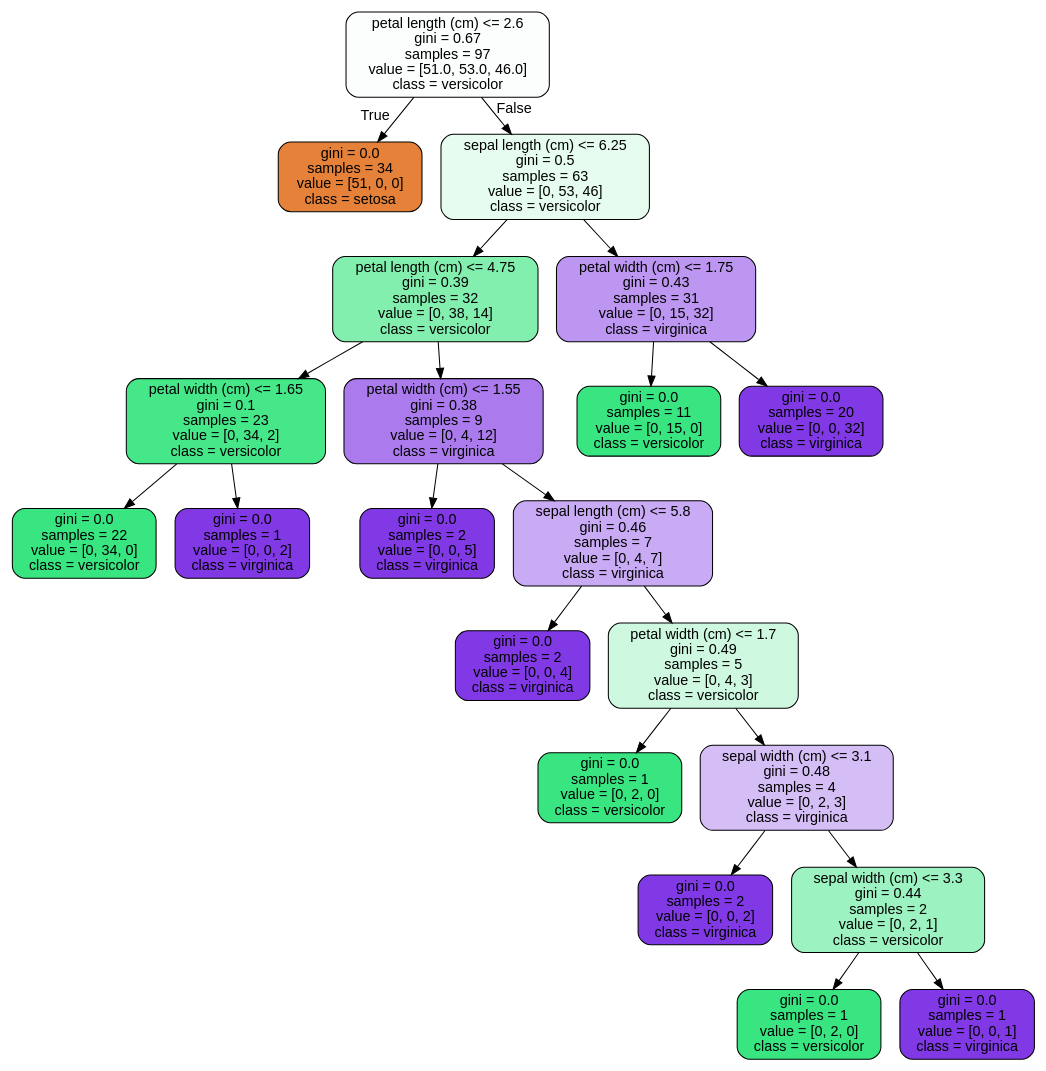
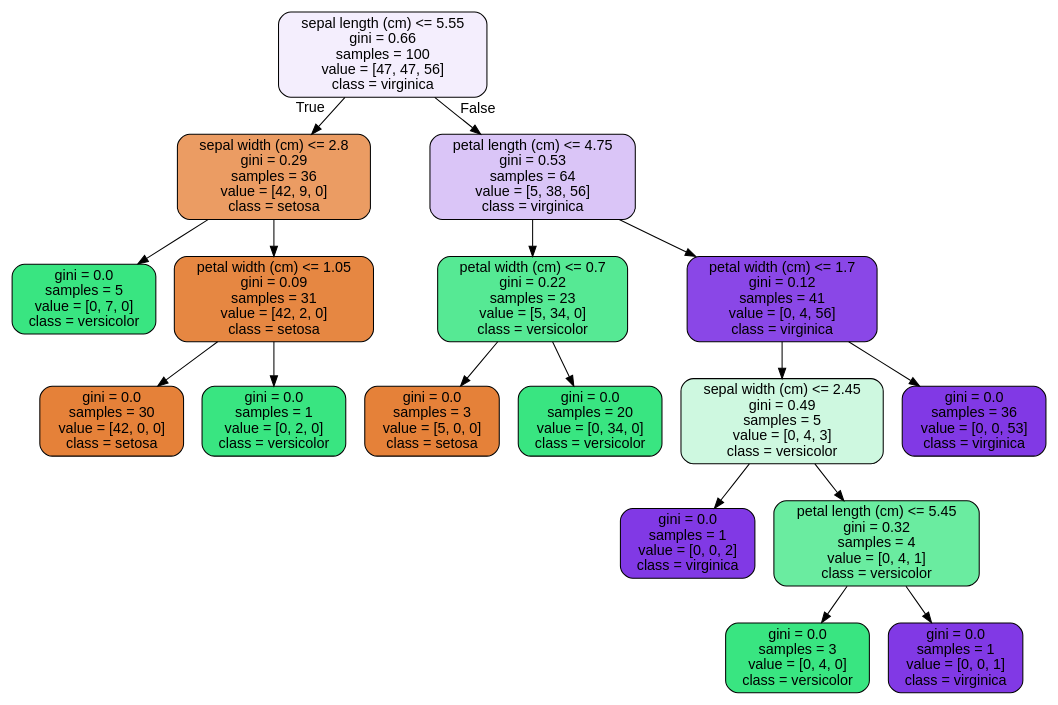
Before and after one commit to dianakulawiec/datascience: the diagram in Random Forest Covid Case Study/tree.dot, drawn with Graphviz. The commit also changed 2 other files, not shown here.

```diff
--- a/Random Forest Covid Case Study/tree.dot
+++ b/Random Forest Covid Case Study/tree.dot
@@ -1,45 +1,37 @@
 digraph Tree {
 node [shape=box, style="filled, rounded", color="black", fontname="helvetica"] ;
 edge [fontname="helvetica"] ;
-0 [label="petal length (cm) <= 2.6\ngini = 0.67\nsamples = 97\nvalue = [51.0, 53.0, 46.0]\nclass = versicolor", fillcolor="#fbfefc"] ;
-1 [label="gini = 0.0\nsamples = 34\nvalue = [51, 0, 0]\nclass = setosa", fillcolor="#e58139"] ;
+0 [label="sepal length (cm) <= 5.55\ngini = 0.66\nsamples = 100\nvalue = [47, 47, 56]\nclass = virginica", fillcolor="#f4eefd"] ;
+1 [label="sepal width (cm) <= 2.8\ngini = 0.29\nsamples = 36\nvalue = [42, 9, 0]\nclass = setosa", fillcolor="#eb9c63"] ;
 0 -> 1 [labeldistance=2.5, labelangle=45, headlabel="True"] ;
-2 [label="sepal length (cm) <= 6.25\ngini = 0.5\nsamples = 63\nvalue = [0, 53, 46]\nclass = versicolor", fillcolor="#e5fcee"] ;
-0 -> 2 [labeldistance=2.5, labelangle=-45, headlabel="False"] ;
-3 [label="petal length (cm) <= 4.75\ngini = 0.39\nsamples = 32\nvalue = [0, 38, 14]\nclass = versicolor", fillcolor="#82efaf"] ;
-2 -> 3 ;
-4 [label="petal width (cm) <= 1.65\ngini = 0.1\nsamples = 23\nvalue = [0, 34, 2]\nclass = versicolor", fillcolor="#45e788"] ;
+2 [label="gini = 0.0\nsamples = 5\nvalue = [0, 7, 0]\nclass = versicolor", fillcolor="#39e581"] ;
+1 -> 2 ;
+3 [label="petal width (cm) <= 1.05\ngini = 0.09\nsamples = 31\nvalue = [42, 2, 0]\nclass = setosa", fillcolor="#e68742"] ;
+1 -> 3 ;
+4 [label="gini = 0.0\nsamples = 30\nvalue = [42, 0, 0]\nclass = setosa", fillcolor="#e58139"] ;
 3 -> 4 ;
-5 [label="gini = 0.0\nsamples = 22\nvalue = [0, 34, 0]\nclass = versicolor", fillcolor="#39e581"] ;
-4 -> 5 ;
-6 [label="gini = 0.0\nsamples = 1\nvalue = [0, 0, 2]\nclass = virginica", fillcolor="#8139e5"] ;
-4 -> 6 ;
-7 [label="petal width (cm) <= 1.55\ngini = 0.38\nsamples = 9\nvalue = [0, 4, 12]\nclass = virginica", fillcolor="#ab7bee"] ;
-3 -> 7 ;
-8 [label="gini = 0.0\nsamples = 2\nvalue = [0, 0, 5]\nclass = virginica", fillcolor="#8139e5"] ;
+5 [label="gini = 0.0\nsamples = 1\nvalue = [0, 2, 0]\nclass = versicolor", fillcolor="#39e581"] ;
+3 -> 5 ;
+6 [label="petal length (cm) <= 4.75\ngini = 0.53\nsamples = 64\nvalue = [5, 38, 56]\nclass = virginica", fillcolor="#dac5f7"] ;
+0 -> 6 [labeldistance=2.5, labelangle=-45, headlabel="False"] ;
+7 [label="petal width (cm) <= 0.7\ngini = 0.22\nsamples = 23\nvalue = [5, 34, 0]\nclass = versicolor", fillcolor="#56e994"] ;
+6 -> 7 ;
+8 [label="gini = 0.0\nsamples = 3\nvalue = [5, 0, 0]\nclass = setosa", fillcolor="#e58139"] ;
 7 -> 8 ;
-9 [label="sepal length (cm) <= 5.8\ngini = 0.46\nsamples = 7\nvalue = [0, 4, 7]\nclass = virginica", fillcolor="#c9aaf4"] ;
+9 [label="gini = 0.0\nsamples = 20\nvalue = [0, 34, 0]\nclass = versicolor", fillcolor="#39e581"] ;
 7 -> 9 ;
-10 [label="gini = 0.0\nsamples = 2\nvalue = [0, 0, 4]\nclass = virginica", fillcolor="#8139e5"] ;
-9 -> 10 ;
-11 [label="petal width (cm) <= 1.7\ngini = 0.49\nsamples = 5\nvalue = [0, 4, 3]\nclass = versicolor", fillcolor="#cef8e0"] ;
-9 -> 11 ;
-12 [label="gini = 0.0\nsamples = 1\nvalue = [0, 2, 0]\nclass = versicolor", fillcolor="#39e581"] ;
+10 [label="petal width (cm) <= 1.7\ngini = 0.12\nsamples = 41\nvalue = [0, 4, 56]\nclass = virginica", fillcolor="#8a47e7"] ;
+6 -> 10 ;
+11 [label="sepal width (cm) <= 2.45\ngini = 0.49\nsamples = 5\nvalue = [0, 4, 3]\nclass = versicolor", fillcolor="#cef8e0"] ;
+10 -> 11 ;
+12 [label="gini = 0.0\nsamples = 1\nvalue = [0, 0, 2]\nclass = virginica", fillcolor="#8139e5"] ;
 11 -> 12 ;
-13 [label="sepal width (cm) <= 3.1\ngini = 0.48\nsamples = 4\nvalue = [0, 2, 3]\nclass = virginica", fillcolor="#d5bdf6"] ;
+13 [label="petal length (cm) <= 5.45\ngini = 0.32\nsamples = 4\nvalue = [0, 4, 1]\nclass = versicolor", fillcolor="#6aeca0"] ;
 11 -> 13 ;
-14 [label="gini = 0.0\nsamples = 2\nvalue = [0, 0, 2]\nclass = virginica", fillcolor="#8139e5"] ;
+14 [label="gini = 0.0\nsamples = 3\nvalue = [0, 4, 0]\nclass = versicolor", fillcolor="#39e581"] ;
 13 -> 14 ;
-15 [label="sepal width (cm) <= 3.3\ngini = 0.44\nsamples = 2\nvalue = [0, 2, 1]\nclass = versicolor", fillcolor="#9cf2c0"] ;
+15 [label="gini = 0.0\nsamples = 1\nvalue = [0, 0, 1]\nclass = virginica", fillcolor="#8139e5"] ;
 13 -> 15 ;
-16 [label="gini = 0.0\nsamples = 1\nvalue = [0, 2, 0]\nclass = versicolor", fillcolor="#39e581"] ;
-15 -> 16 ;
-17 [label="gini = 0.0\nsamples = 1\nvalue = [0, 0, 1]\nclass = virginica", fillcolor="#8139e5"] ;
-15 -> 17 ;
-18 [label="petal width (cm) <= 1.75\ngini = 0.43\nsamples = 31\nvalue = [0, 15, 32]\nclass = virginica", fillcolor="#bc96f1"] ;
-2 -> 18 ;
-19 [label="gini = 0.0\nsamples = 11\nvalue = [0, 15, 0]\nclass = versicolor", fillcolor="#39e581"] ;
-18 -> 19 ;
-20 [label="gini = 0.0\nsamples = 20\nvalue = [0, 0, 32]\nclass = virginica", fillcolor="#8139e5"] ;
-18 -> 20 ;
+16 [label="gini = 0.0\nsamples = 36\nvalue = [0, 0, 53]\nclass = virginica", fillcolor="#8139e5"] ;
+10 -> 16 ;
 }
```
